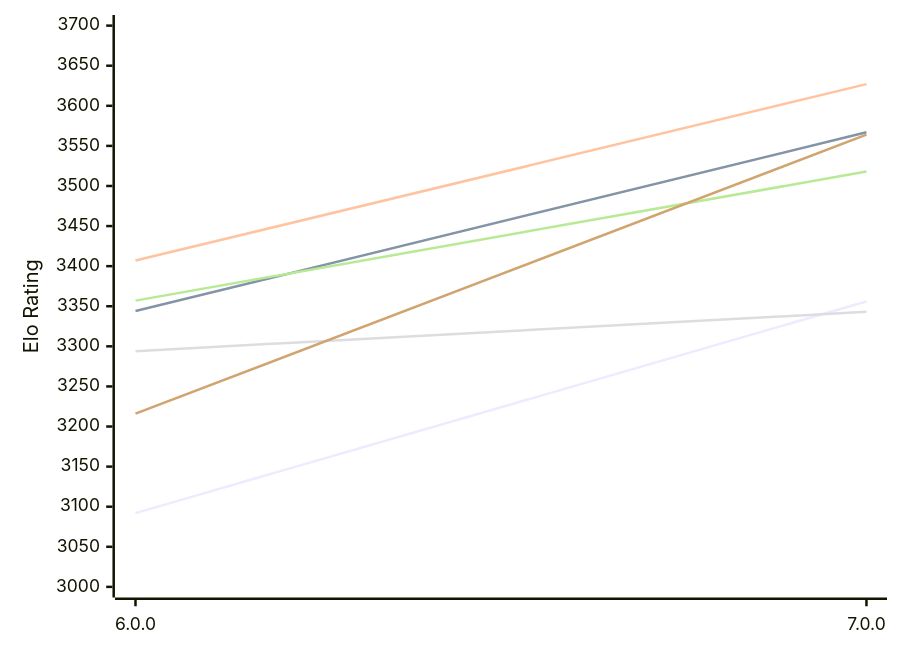
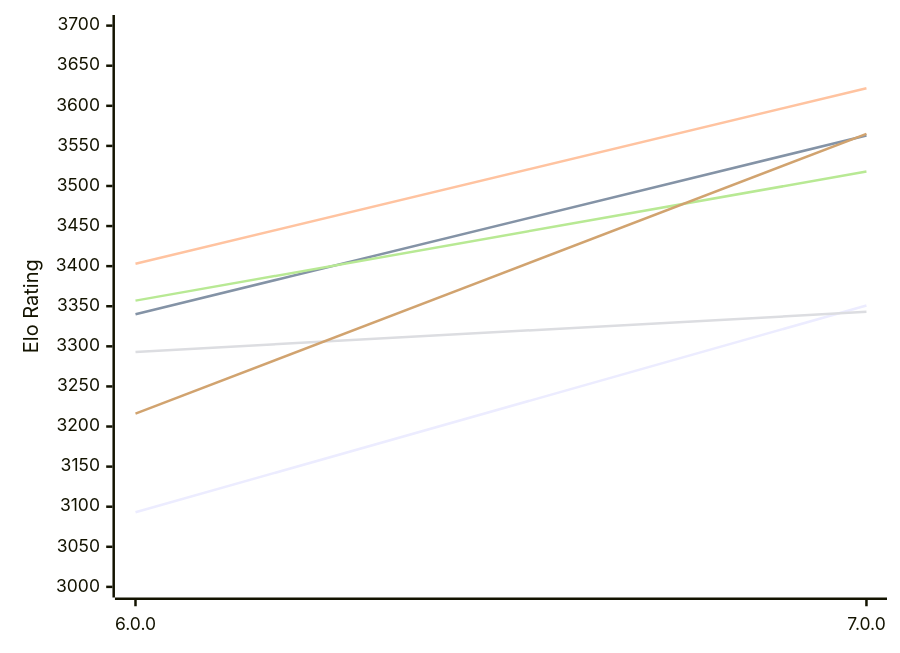
One commit to computer-chess-index/cci changed the first of 2 diagrams in engines/Minke.md. Above: the diagram before and after it, drawn with Mermaid. The commit also changed other lines of this file, not shown here.

Commit message:
Update CCI Ratings (ELO VLTC) - 2026-11-26

````diff
--- a/engines/Minke.md
+++ b/engines/Minke.md
@@ -53,12 +53,12 @@
 ```mermaid
 %%{init: {"theme":"base","themeVariables":{"seriesColors:['#a3a3a3','#222221','#faa371']}}}%%
 xychart-beta
   x-axis ["6.0.0", "7.0.0"]
   y-axis "Elo Rating" 3000 --> 3700
-  line "E1: STC (8.0+0.08s)" [3092, 3356]
-  line "E1: LTC (60.0+0.60s)" [3344, 3567]
-  line "E1: VLTC (2m24s+1.12s)" [3407, 3627]
-  line "P1: STC (8.0+0.08s)" [3294, 3343]
+  line "E1: STC (8.0+0.08s)" [3093, 3351]
+  line "E1: LTC (60.0+0.60s)" [3340, 3563]
+  line "E1: VLTC (2m24s+1.12s)" [3403, 3622]
+  line "P1: STC (8.0+0.08s)" [3293, 3343]
   line "P1: LTC (60.0+0.60s)" [3357, 3518]
-  line "P1: VLTC (2m24s+1.12s)" [3216, 3564]
+  line "P1: VLTC (2m24s+1.12s)" [3216, 3565]
 ```
````
